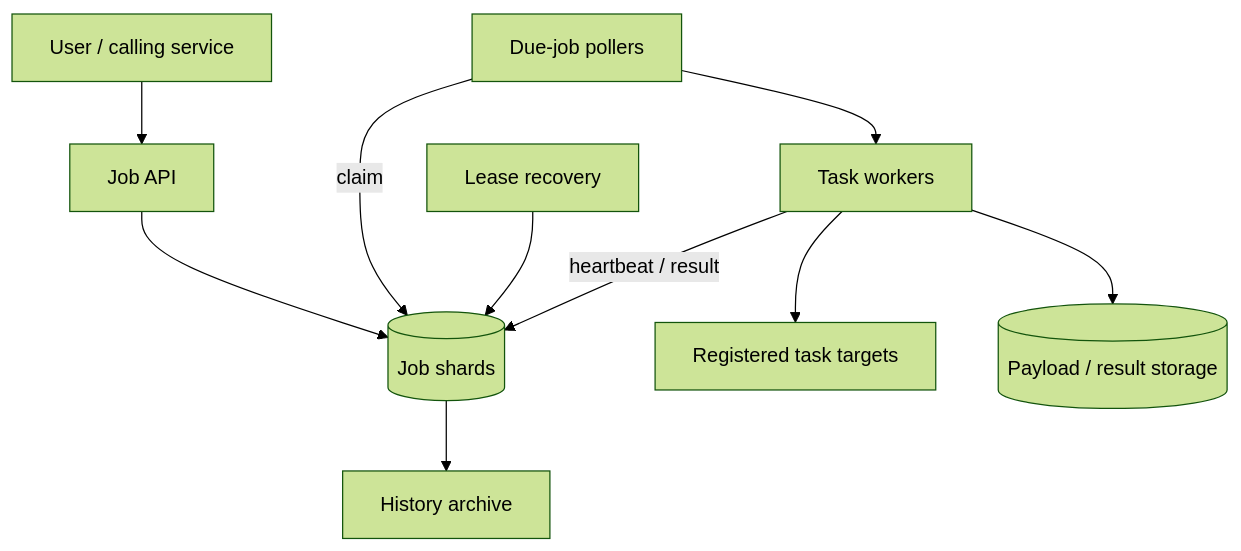
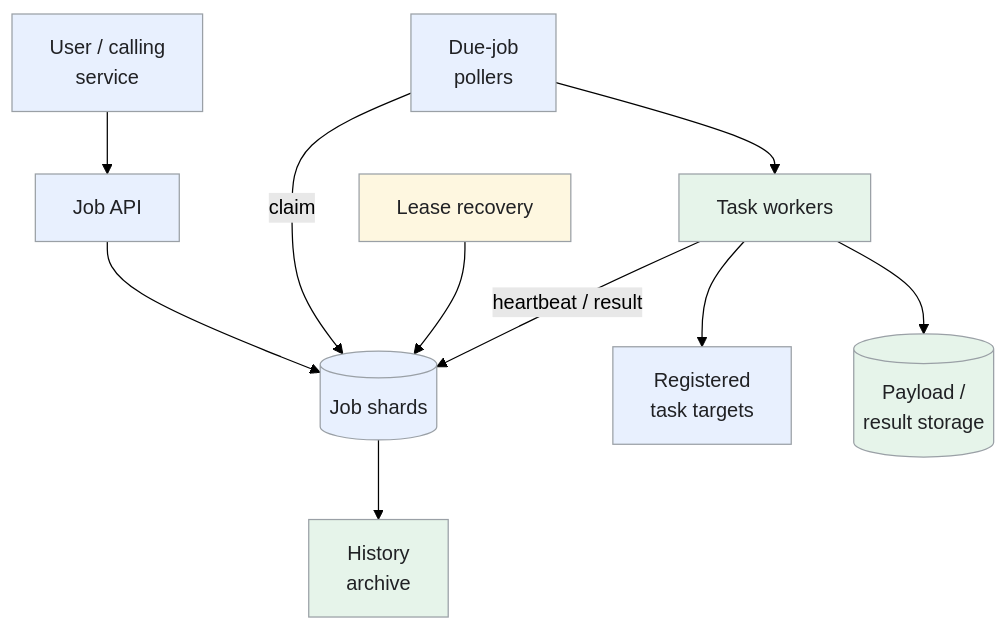
One commit to iliazlobin/iliazlobin.github.io changed the first of 4 diagrams in _designs/system-design-job-scheduler.md. Above: the diagram before and after it, drawn with Mermaid (forest theme). The commit also changed other lines of this file and 131 other files, not shown here.

````diff
--- a/_designs/system-design-job-scheduler.md
+++ b/_designs/system-design-job-scheduler.md
@@ -128,12 +128,18 @@
 ```mermaid
 flowchart TB
-  U["User / calling service"] --> API["Job API"]
+  U["User / calling<br>service"] --> API["Job API"]
   API --> DB[("Job shards")]
-  P["Due-job pollers"] -->|claim| DB
+  P["Due-job<br>pollers"] -->|claim| DB
   P --> W["Task workers"]
   W -->|heartbeat / result| DB
-  W --> T["Registered task targets"]
-  W --> O[("Payload / result storage")]
+  W --> T["Registered<br>task targets"]
+  W --> O[("Payload /<br>result storage")]
   R["Lease recovery"] --> DB
-  DB --> A["History archive"]
+  DB --> A["History<br>archive"]
+  classDef request fill:#e8f0fe,stroke:#9aa0a6,color:#202124,stroke-width:1px
+  classDef background fill:#e6f4ea,stroke:#9aa0a6,color:#202124,stroke-width:1px
+  classDef control fill:#fef7e0,stroke:#9aa0a6,color:#202124,stroke-width:1px
+  class U,API,DB,P,T request
+  class W,O,A background
+  class R control
 ```
````
